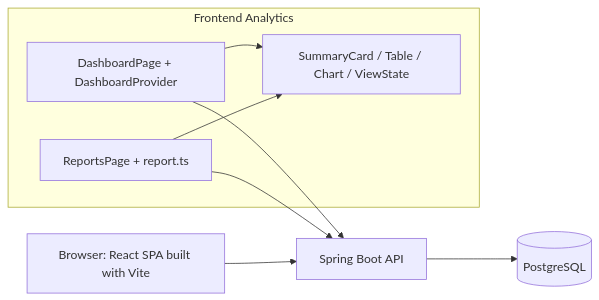
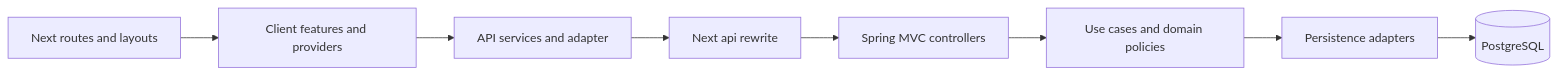
One commit to lillianxhub/FreelanceFlow changed the diagram in doc/diagrams/component.md. Above: the diagram before and after it, drawn with Mermaid. The commit also changed other lines of this file and 46 other files, not shown here.

````diff
--- a/doc/diagrams/component.md
+++ b/doc/diagrams/component.md
@@ -7,14 +15,10 @@
 ```mermaid
 flowchart LR
-    Browser[Browser: React SPA built with Vite] --> API[Spring Boot API]
-    API --> DB[(PostgreSQL)]
-    subgraph BrowserUI[Frontend Analytics]
-      Dashboard[DashboardPage + DashboardProvider]
-      Reports[ReportsPage + report.ts]
-      Shared[SummaryCard / Table / Chart / ViewState]
-      Dashboard --> Shared
-      Reports --> Shared
-    end
-    Dashboard --> API
-    Reports --> API
+  Routes[Next routes and layouts] --> Client[Client features and providers]
+  Client --> Adapter[API services and adapter]
+  Adapter --> Proxy[Next api rewrite]
+  Proxy --> Controller[Spring MVC controllers]
+  Controller --> Service[Use cases and domain policies]
+  Service --> Repository[Persistence adapters]
+  Repository --> DB[(PostgreSQL)]
 ```
````
